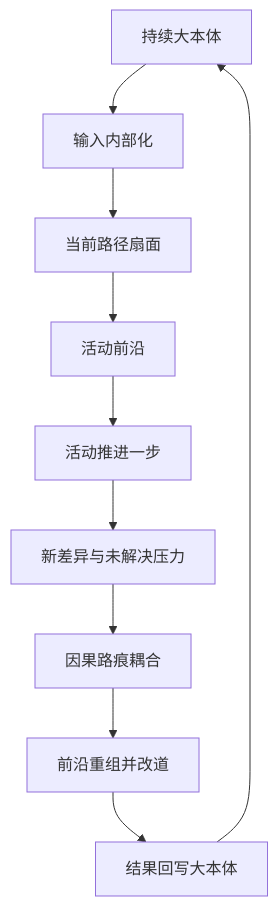
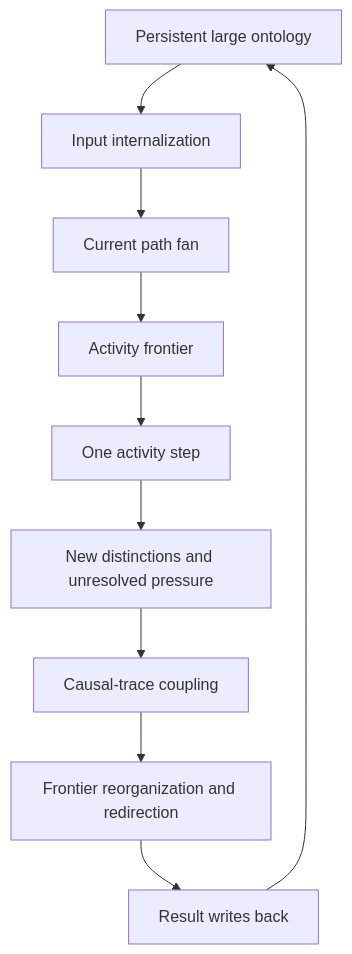
Before and after one commit to Keynes243/NSE-Manifold: the first of 3 diagrams in README.md, drawn with Mermaid. The commit also changed other lines of this file, not shown here.

````diff
--- a/README.md
+++ b/README.md
@@ -71,12 +70,12 @@
 ```mermaid
 flowchart TD
-    B["持续大本体"] --> U["输入内部化"]
-    U --> P["当前路径扇面"]
-    P --> F["活动前沿"]
-    F --> A["活动推进一步"]
-    A --> N["新差异与未解决压力"]
-    N --> R["因果路痕耦合"]
-    R --> G["前沿重组并改道"]
-    G --> W["结果回写大本体"]
+    B["Persistent large ontology"] --> U["Input internalization"]
+    U --> P["Current path fan"]
+    P --> F["Activity frontier"]
+    F --> A["One activity step"]
+    A --> N["New distinctions and unresolved pressure"]
+    N --> R["Causal-trace coupling"]
+    R --> G["Frontier reorganization and redirection"]
+    G --> W["Result writes back"]
     W --> B
 ```
````
